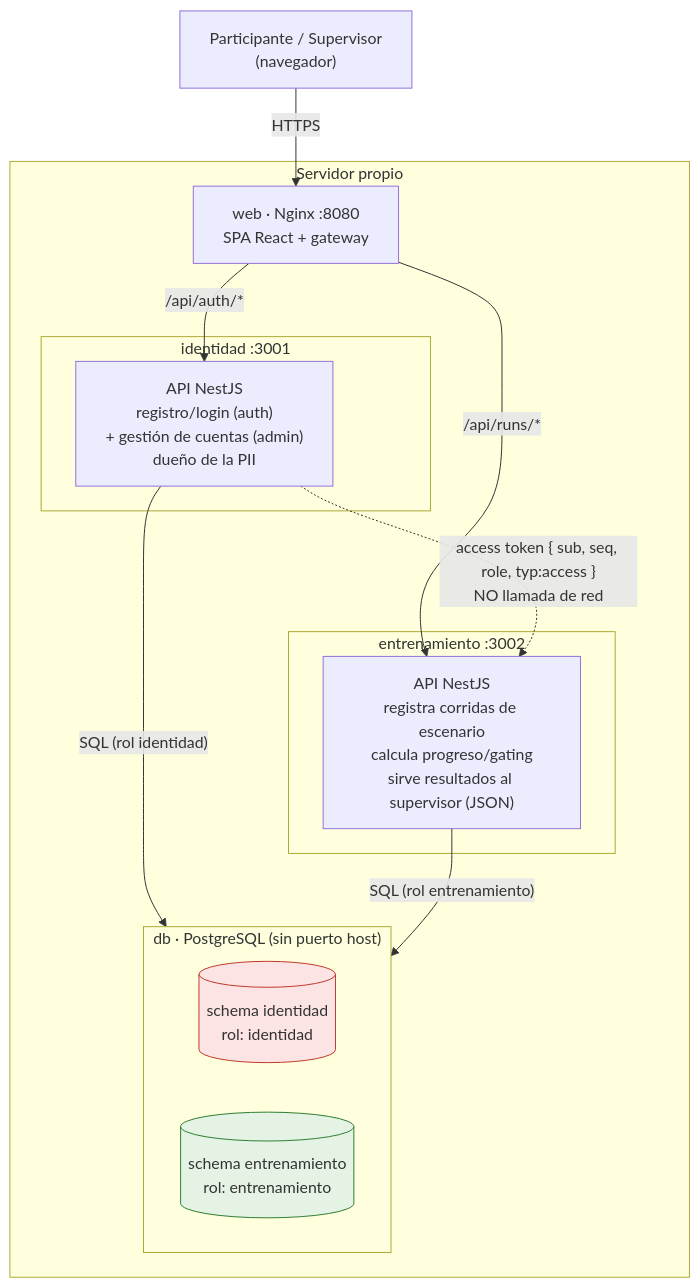
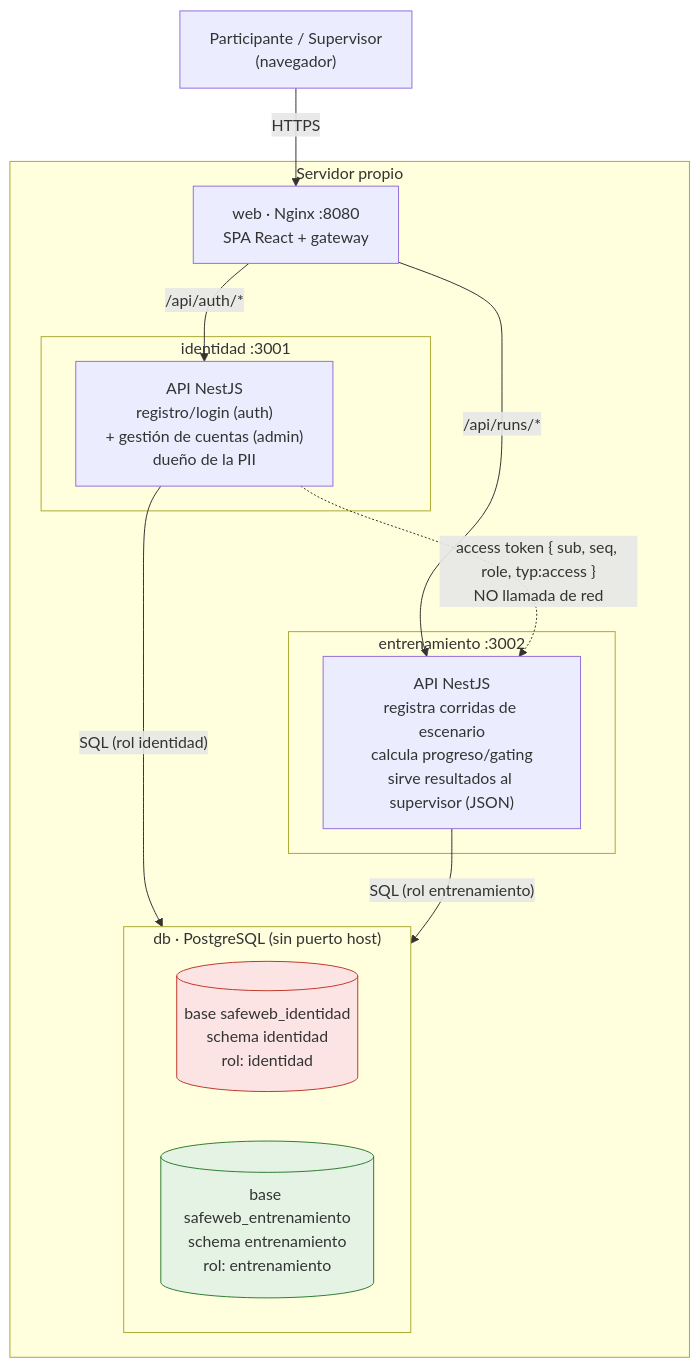
The first of 3 diagrams in docs/DIAGRAMAS.md (luis-sagx/SAFE-Web), drawn with Mermaid before and after one commit. The commit also changed other lines of this file and 16 other files, not shown here.

````diff
--- a/docs/DIAGRAMAS.md
+++ b/docs/DIAGRAMAS.md
@@ -15,33 +15,33 @@
 ```mermaid
 flowchart TB
     U["Participante / Supervisor<br/>(navegador)"]
 
     subgraph edge["Servidor propio"]
         WEB["web · Nginx :8080<br/>SPA React + gateway"]
 
         subgraph svc_id["identidad :3001"]
             ID_API["API NestJS<br/>registro/login (auth)<br/>+ gestión de cuentas (admin)<br/>dueño de la PII"]
         end
 
         subgraph svc_ent["entrenamiento :3002"]
             ENT_API["API NestJS<br/>registra corridas de escenario<br/>calcula progreso/gating<br/>sirve resultados al supervisor (JSON)"]
         end
 
         subgraph pg["db · PostgreSQL (sin puerto host)"]
             direction LR
-            SCH_ID[("schema identidad<br/>rol: identidad")]
-            SCH_ENT[("schema entrenamiento<br/>rol: entrenamiento")]
+            DB_ID[("base safeweb_identidad<br/>schema identidad<br/>rol: identidad")]
+            DB_ENT[("base safeweb_entrenamiento<br/>schema entrenamiento<br/>rol: entrenamiento")]
         end
     end
 
     U -- HTTPS --> WEB
     WEB -- "/api/auth/*" --> ID_API
     WEB -- "/api/runs/*" --> ENT_API
-    ID_API -- "SQL (rol identidad)" --> SCH_ID
-    ENT_API -- "SQL (rol entrenamiento)" --> SCH_ENT
+    ID_API -- "SQL (rol identidad)" --> DB_ID
+    ENT_API -- "SQL (rol entrenamiento)" --> DB_ENT
 
     ID_API -. "access token { sub, seq, role, typ:access }<br/>NO llamada de red" .-> ENT_API
 
-    style SCH_ID fill:#fce4e4,stroke:#c0392b
-    style SCH_ENT fill:#e4f3e4,stroke:#2e7d32
+    style DB_ID fill:#fce4e4,stroke:#c0392b
+    style DB_ENT fill:#e4f3e4,stroke:#2e7d32
 ```
````
